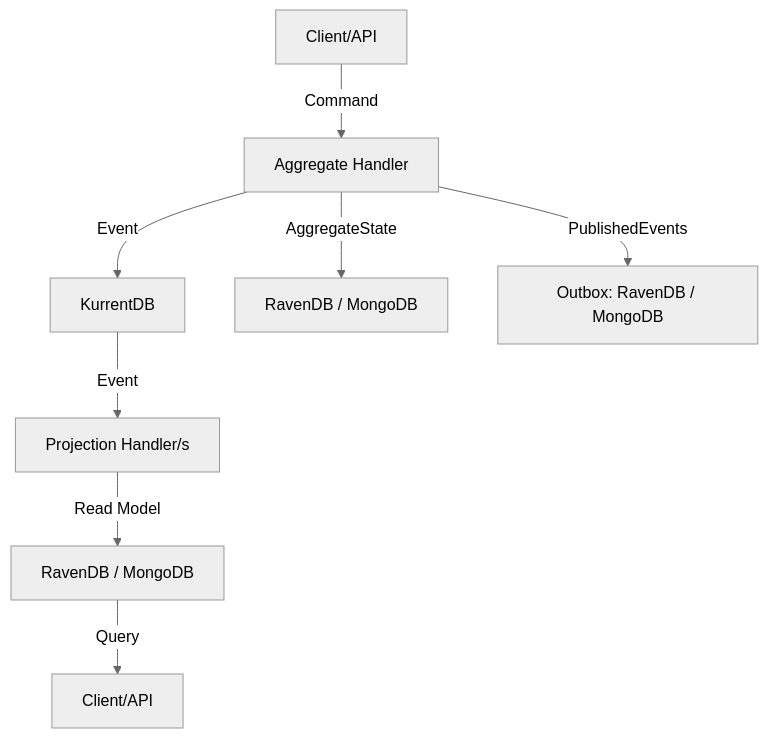
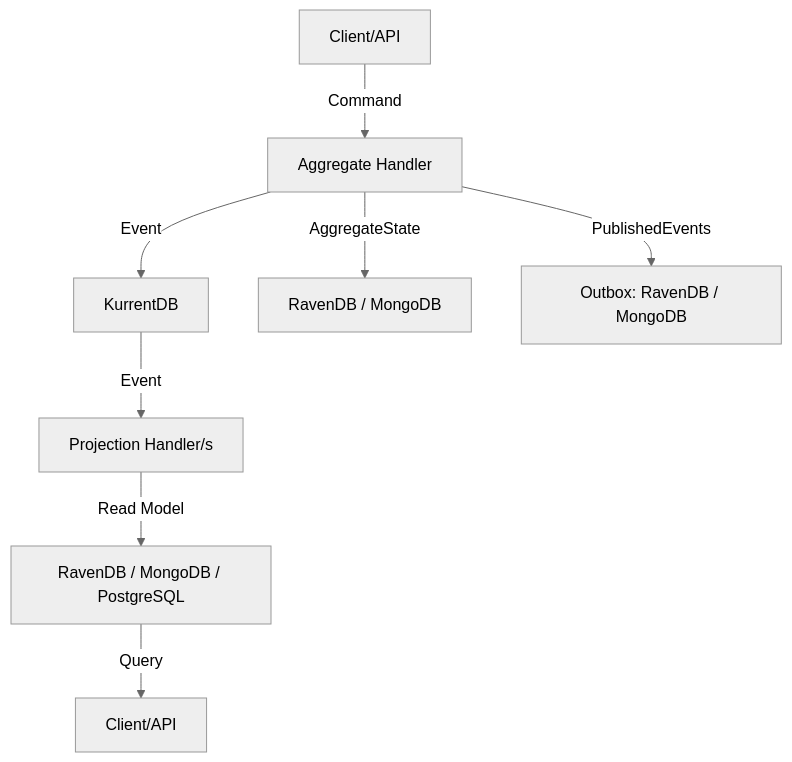
Before and after one commit to si-informational-systems/Rosetta: the diagram in README.md, drawn with Mermaid (neutral theme). The commit also changed other lines of this file and 59 other files, not shown here.

````diff
--- a/README.md
+++ b/README.md
@@ -54,10 +54,10 @@
 ```mermaid
 graph TD
     A[Client/API] -->|Command| B[Aggregate Handler]
     B -->|Event| C[KurrentDB]
     B -->|AggregateState| G[RavenDB / MongoDB]
     B -->|PublishedEvents| H[Outbox: RavenDB / MongoDB]
     C -->|Event| D[Projection Handler/s]
-    D -->|Read Model| E[RavenDB / MongoDB]
+    D -->|Read Model| E[RavenDB / MongoDB / PostgreSQL]
     E -->|Query| F[Client/API]
 ```
````
